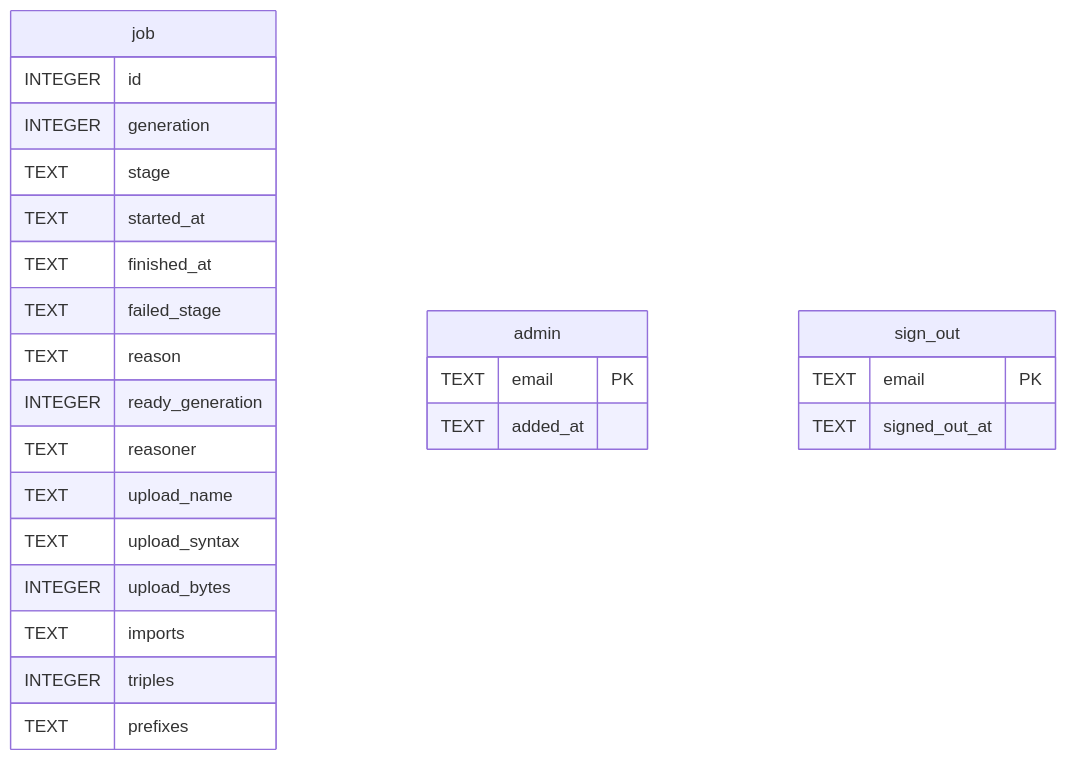
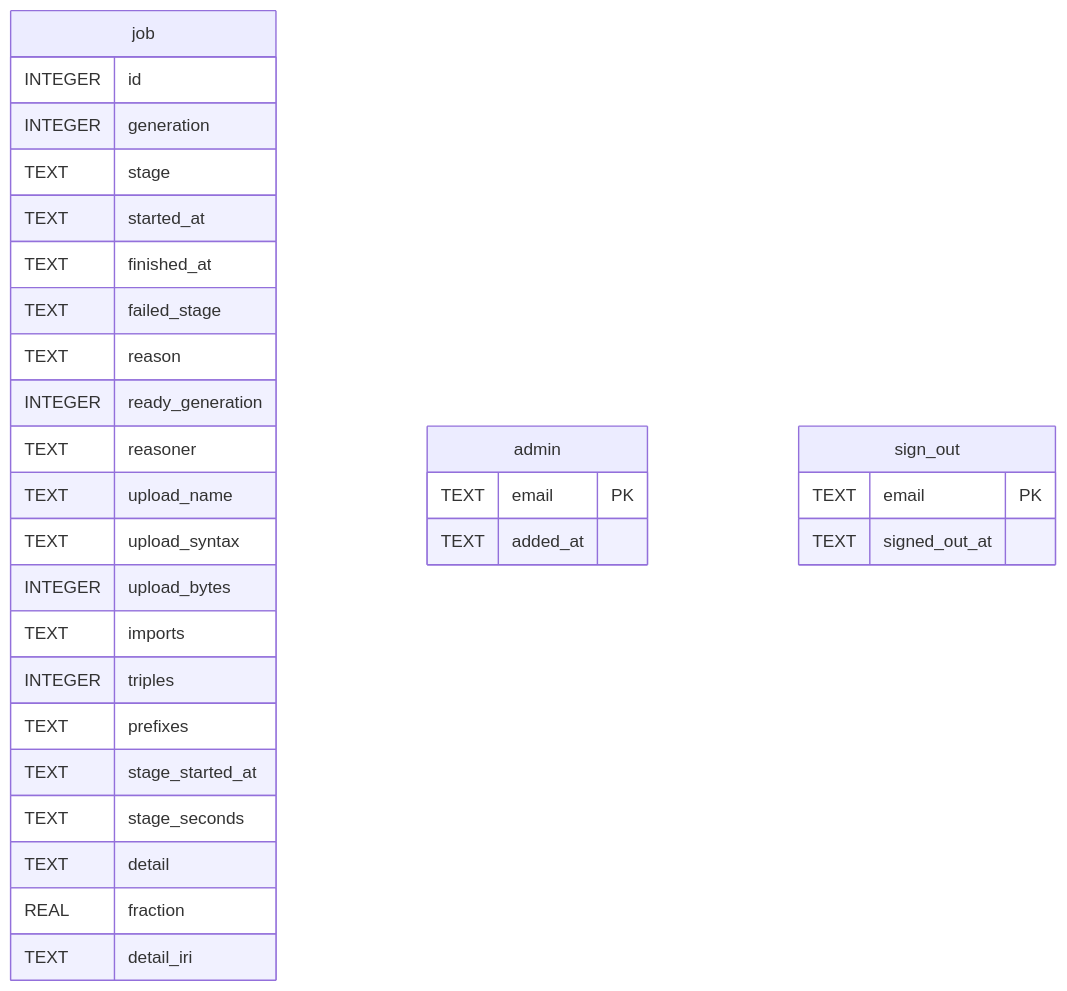
Before and after one commit to jclerman/browl: the diagram in docs/schema/state/README.md, drawn with Mermaid. The commit also changed other lines of this file and 32 other files, not shown here.

````diff
--- a/docs/schema/state/README.md
+++ b/docs/schema/state/README.md
@@ -20,30 +20,35 @@
 ```mermaid
 erDiagram
 
 
 "job" {
   INTEGER id
   INTEGER generation
   TEXT stage
   TEXT started_at
   TEXT finished_at
   TEXT failed_stage
   TEXT reason
   INTEGER ready_generation
   TEXT reasoner
   TEXT upload_name
   TEXT upload_syntax
   INTEGER upload_bytes
   TEXT imports
   INTEGER triples
   TEXT prefixes
+  TEXT stage_started_at
+  TEXT stage_seconds
+  TEXT detail
+  REAL fraction
+  TEXT detail_iri
 }
 "admin" {
   TEXT email PK
   TEXT added_at
 }
 "sign_out" {
   TEXT email PK
   TEXT signed_out_at
 }
 ```
````
